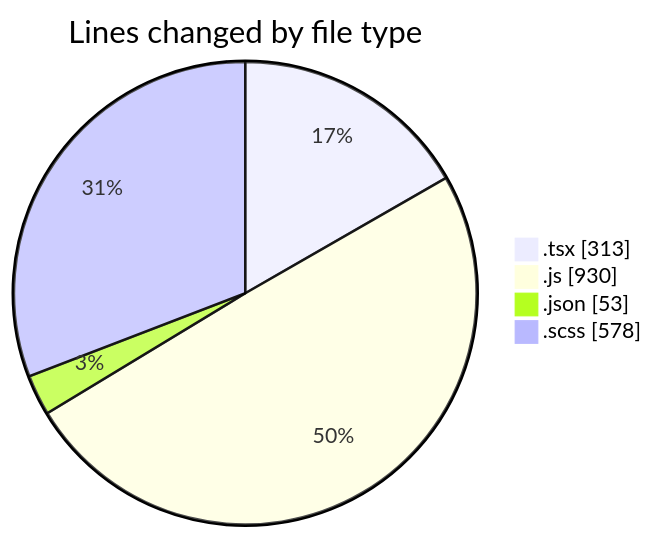
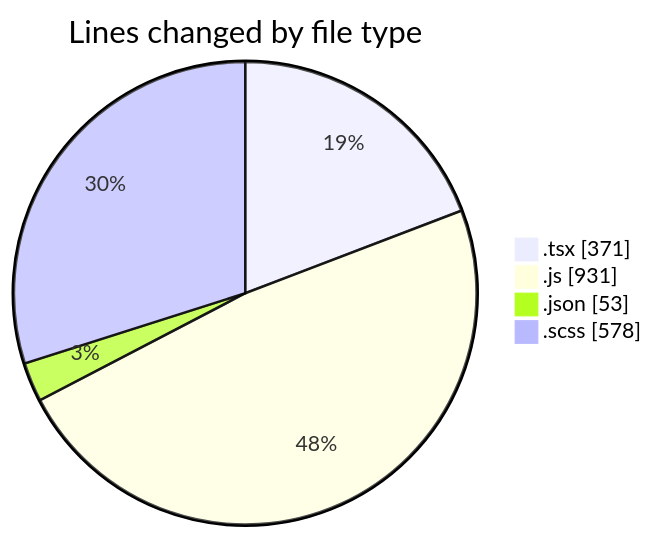
Before and after one commit to Elitesun/code-tracking: the first of 2 diagrams in 2025-05-28/elitesun/README.md, drawn with Mermaid. The commit also changed other lines of this file and 1 other file, not shown here.

````diff
--- a/2025-05-28/elitesun/README.md
+++ b/2025-05-28/elitesun/README.md
@@ -28,8 +29,8 @@
 ```mermaid
 pie showData
 title Lines changed by file type
-".tsx" : 313
-".js" : 930
+".tsx" : 371
+".js" : 931
 ".json" : 53
 ".scss" : 578
 ```
````
